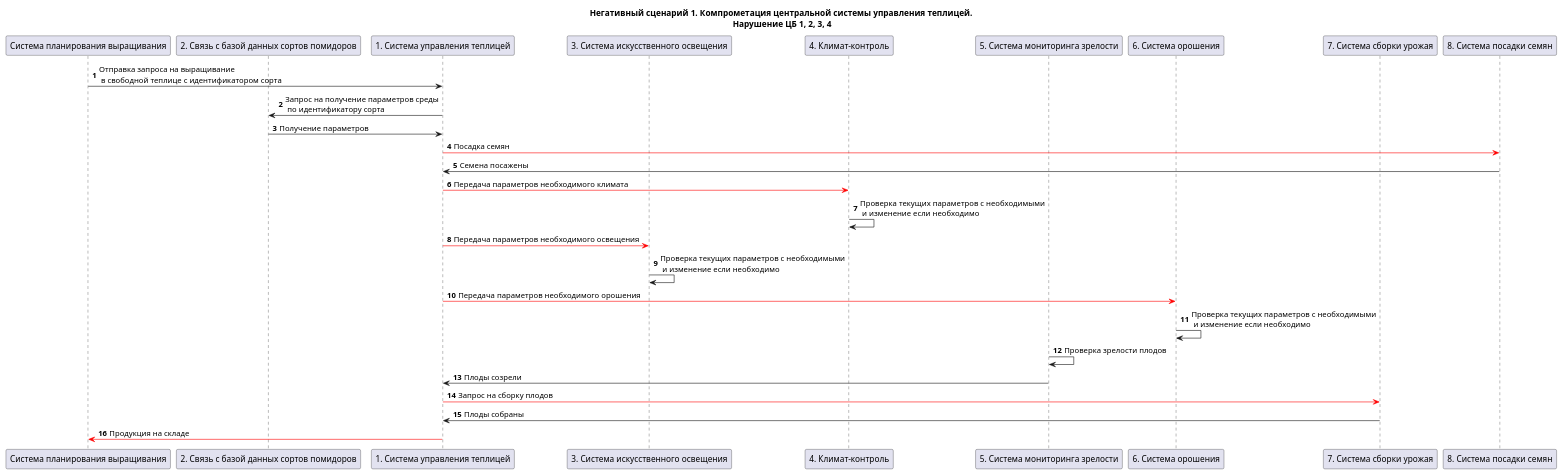
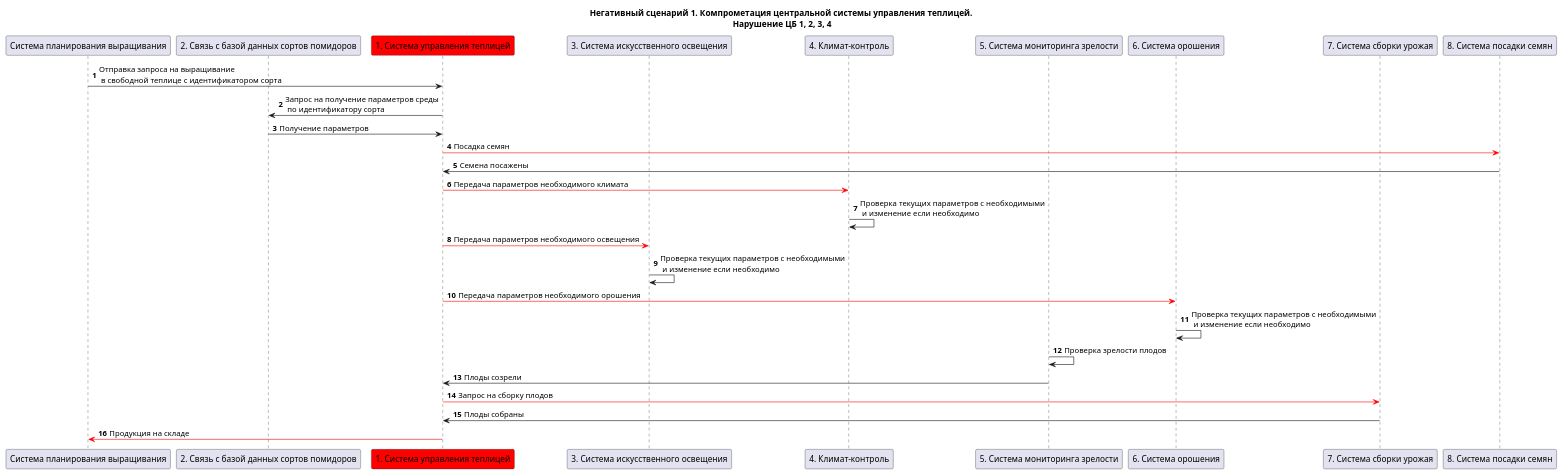
One commit to LibSyfer/CyberImmunity changed the diagram in KP/docs/schemes/negative-scenarios/NS-1.wsd. Above: the diagram before and after it, drawn with PlantUML. The commit also changed 1 other file, not shown here.

```diff
--- a/KP/docs/schemes/negative-scenarios/NS-1.wsd
+++ b/KP/docs/schemes/negative-scenarios/NS-1.wsd
@@ -1,42 +1,42 @@
 @startuml "usecases"
 
 title "Негативный сценарий 1. Компрометация центральной системы управления теплицей.\n Нарушение ЦБ 1, 2, 3, 4"
 
 participant "Система планирования выращивания" as growing_manager_system
 participant "2. Связь с базой данных сортов помидоров" as tomato_db_connection
-participant "1. Система управления теплицей" as greenhouse_manager_system
+participant "1. Система управления теплицей" as greenhouse_manager_system #red
 participant "3. Система искусственного освещения" as lighting_system
 participant "4. Климат-контроль" as climate_control
 participant "5. Система мониторинга зрелости" as maturity_monitoring_system
 participant "6. Система орошения" as irrigation_system
 participant "7. Система сборки урожая" as harvest_system
 participant "8. Система посадки семян" as seed_planting_system
 
 autonumber
 
 growing_manager_system -> greenhouse_manager_system: Отправка запроса на выращивание\n в свободной теплице с идентификатором сорта
 
 greenhouse_manager_system -> tomato_db_connection: Запрос на получение параметров среды\n по идентификатору сорта
 tomato_db_connection -> greenhouse_manager_system: Получение параметров
 
 greenhouse_manager_system -[#red]> seed_planting_system: Посадка семян
 seed_planting_system -> greenhouse_manager_system: Семена посажены
 
 greenhouse_manager_system -[#red]> climate_control: Передача параметров необходимого климата
 climate_control -> climate_control: Проверка текущих параметров с необходимыми\n и изменение если необходимо
 
 greenhouse_manager_system -[#red]> lighting_system: Передача параметров необходимого освещения
 lighting_system -> lighting_system: Проверка текущих параметров с необходимыми\n и изменение если необходимо
 
 greenhouse_manager_system -[#red]> irrigation_system: Передача параметров необходимого орошения
 irrigation_system -> irrigation_system: Проверка текущих параметров с необходимыми\n и изменение если необходимо
 
 maturity_monitoring_system -> maturity_monitoring_system: Проверка зрелости плодов
 maturity_monitoring_system -> greenhouse_manager_system: Плоды созрели
 
 greenhouse_manager_system -[#red]> harvest_system: Запрос на сборку плодов
 harvest_system -> greenhouse_manager_system: Плоды собраны
 
 greenhouse_manager_system -[#red]> growing_manager_system: Продукция на складе
 
 @enduml
```
